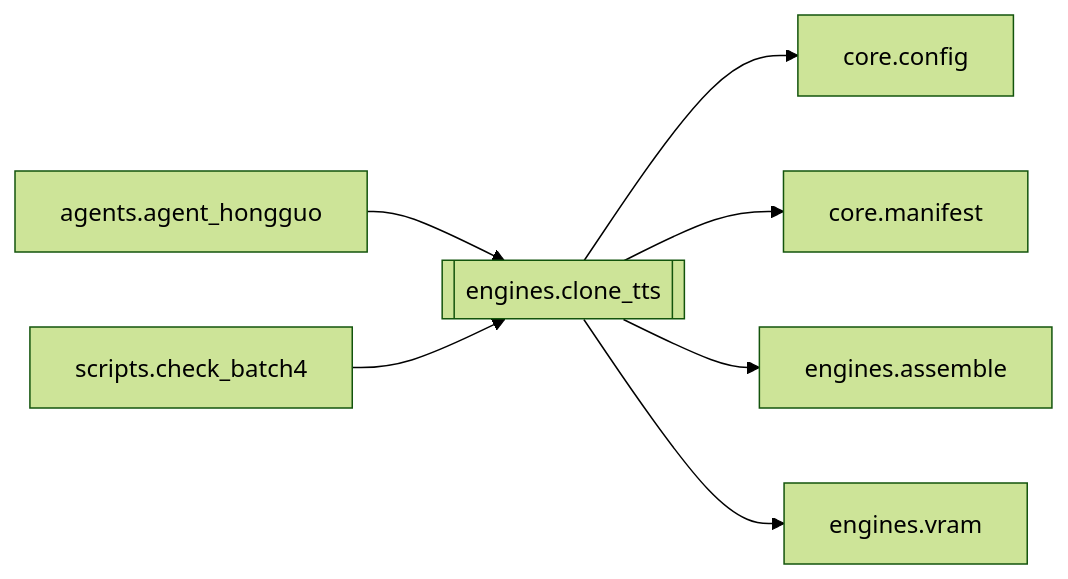
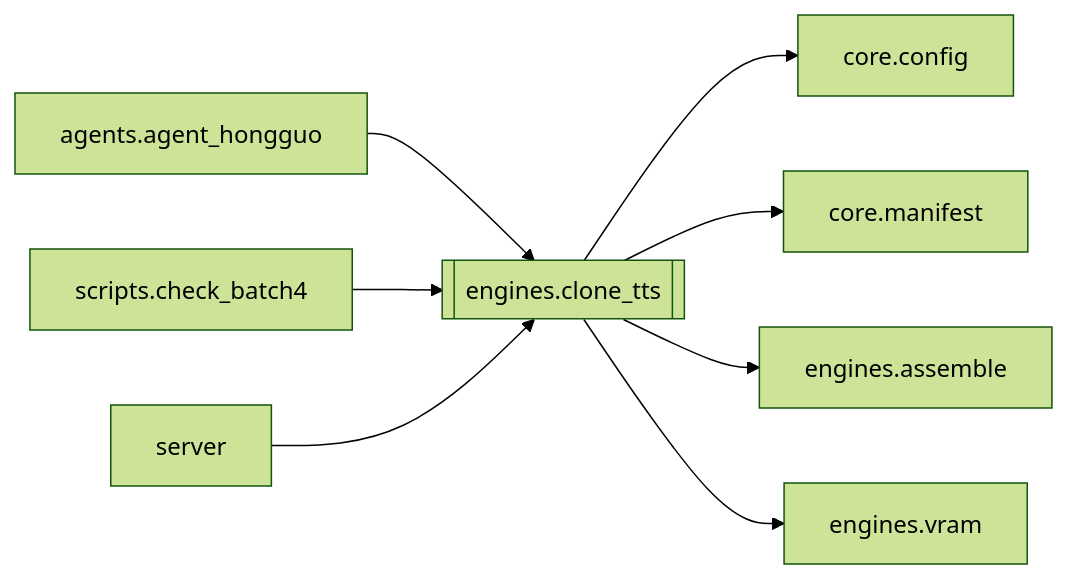
Before and after one commit to kjza178/PinelineV5: the diagram in docs/brain/modules/engines.clone_tts.md, drawn with Mermaid (forest theme). The commit also changed other lines of this file and 227 other files, not shown here.

````diff
--- a/docs/brain/modules/engines.clone_tts.md
+++ b/docs/brain/modules/engines.clone_tts.md
@@ -18,10 +18,11 @@
 ```mermaid
 flowchart LR
   engines_clone_tts[[engines.clone_tts]]
   agents_agent_hongguo[agents.agent_hongguo] --> engines_clone_tts
   scripts_check_batch4[scripts.check_batch4] --> engines_clone_tts
+  server[server] --> engines_clone_tts
   engines_clone_tts --> core_config[core.config]
   engines_clone_tts --> core_manifest[core.manifest]
   engines_clone_tts --> engines_assemble[engines.assemble]
   engines_clone_tts --> engines_vram[engines.vram]
 ```
````
